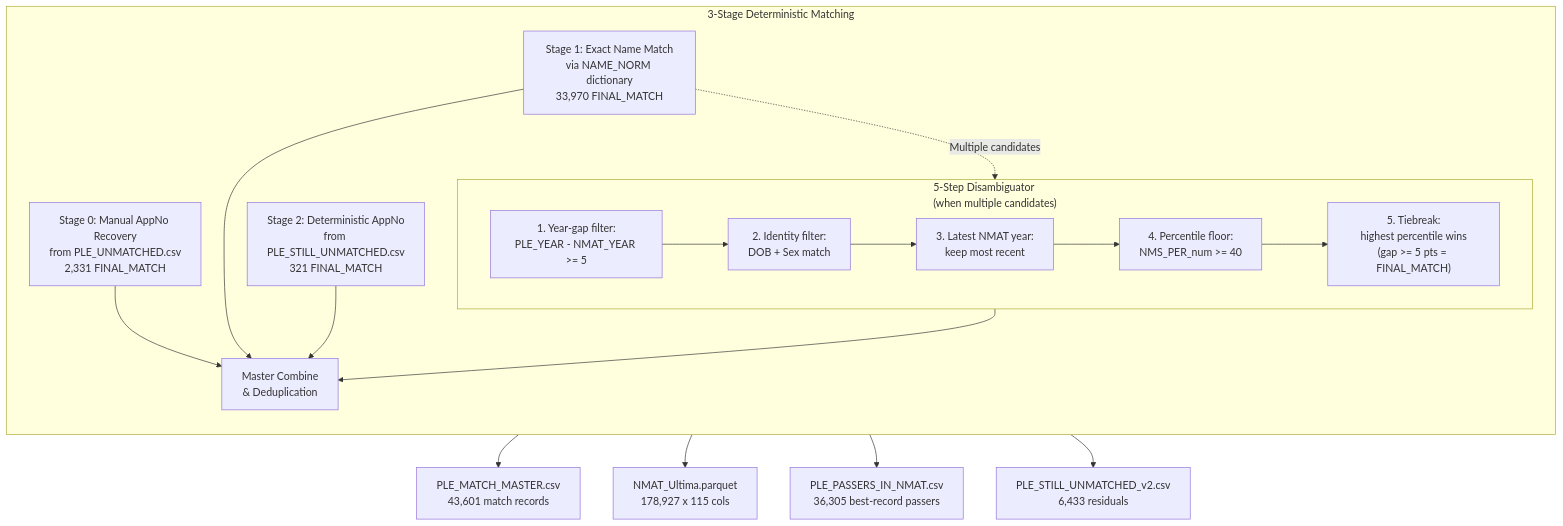
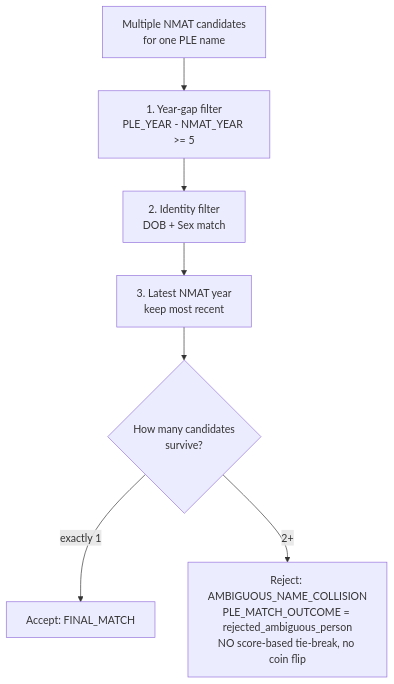
Before and after one commit to yoshiii1203/NMAT-Main-Repository: the second of 3 diagrams in docs/pipeline_architecture.md, drawn with Mermaid. The commit also changed other lines of this file and 5 other files, not shown here.

````diff
--- a/docs/pipeline_architecture.md
+++ b/docs/pipeline_architecture.md
@@ -205,29 +158,9 @@
 ```mermaid
 flowchart TB
-    subgraph PLE_MATCH["3-Stage Deterministic Matching"]
-        direction TB
-        S0["Stage 0: Manual AppNo Recovery<br/>from PLE_UNMATCHED.csv<br/>2,331 FINAL_MATCH"]
-        S1["Stage 1: Exact Name Match<br/>via NAME_NORM dictionary<br/>33,970 FINAL_MATCH"]
-        S2["Stage 2: Deterministic AppNo<br/>from PLE_STILL_UNMATCHED.csv<br/>321 FINAL_MATCH"]
-        
-        subgraph DISAMBIG["5-Step Disambiguator<br/>(when multiple candidates)"]
-            DS1["1. Year-gap filter:<br/>PLE_YEAR - NMAT_YEAR >= 5"]
-            DS2["2. Identity filter:<br/>DOB + Sex match"]
-            DS3["3. Latest NMAT year:<br/>keep most recent"]
-            DS4["4. Percentile floor:<br/>NMS_PER_num >= 40"]
-            DS5["5. Tiebreak:<br/>highest percentile wins<br/>(gap >= 5 pts = FINAL_MATCH)"]
-            DS1 --> DS2 --> DS3 --> DS4 --> DS5
-        end
-        
-        S0 --> MASTER["Master Combine<br/>& Deduplication"]
-        S1 --> MASTER
-        S2 --> MASTER
-        S1 -.->|Multiple candidates| DISAMBIG
-        DISAMBIG --> MASTER
-    end
-
-    MASTER --> O1["PLE_MATCH_MASTER.csv<br/>43,601 match records"]
-    MASTER --> O2["NMAT_Ultima.parquet<br/>178,927 x 115 cols"]
-    MASTER --> O3["PLE_PASSERS_IN_NMAT.csv<br/>36,305 best-record passers"]
-    MASTER --> O4["PLE_STILL_UNMATCHED_v2.csv<br/>6,433 residuals"]
+    S0["Multiple NMAT candidates<br/>for one PLE name"] --> S1["1. Year-gap filter<br/>PLE_YEAR - NMAT_YEAR >= 5"]
+    S1 --> S2["2. Identity filter<br/>DOB + Sex match"]
+    S2 --> S3["3. Latest NMAT year<br/>keep most recent"]
+    S3 --> DECIDE{"How many candidates<br/>survive?"}
+    DECIDE -->|"exactly 1"| ACCEPT["Accept: FINAL_MATCH"]
+    DECIDE -->|"2+"| REJECT["Reject: AMBIGUOUS_NAME_COLLISION<br/>PLE_MATCH_OUTCOME = rejected_ambiguous_person<br/>NO score-based tie-break, no coin flip"]
 ```
````
